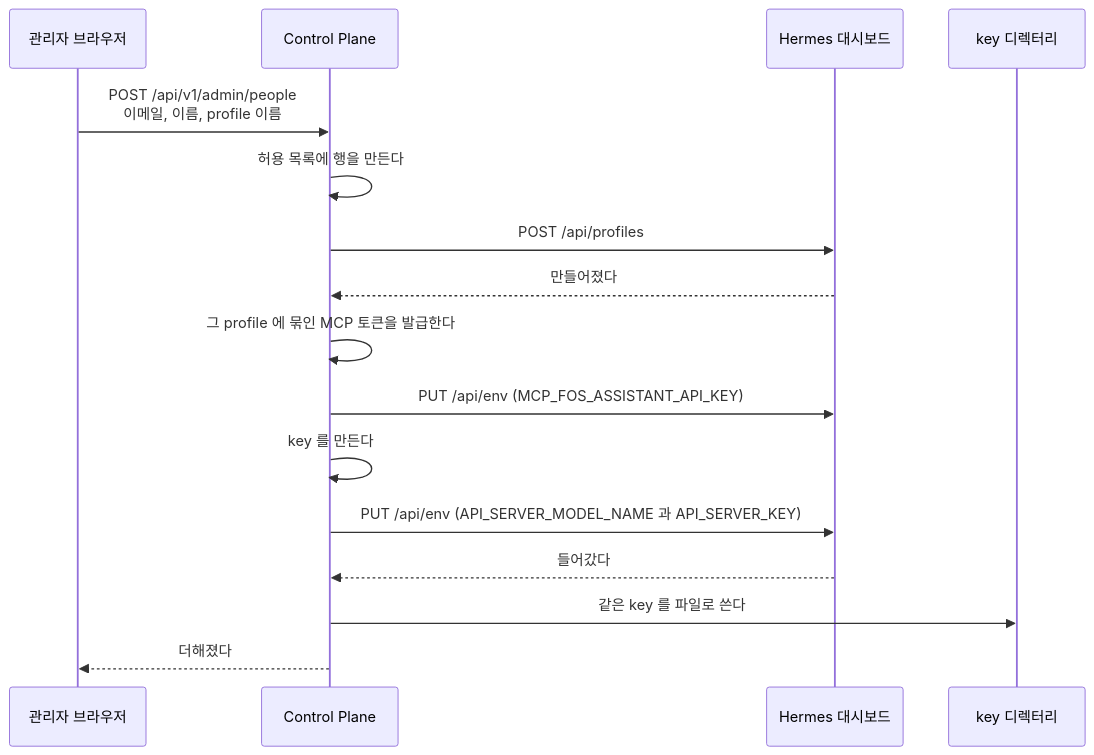
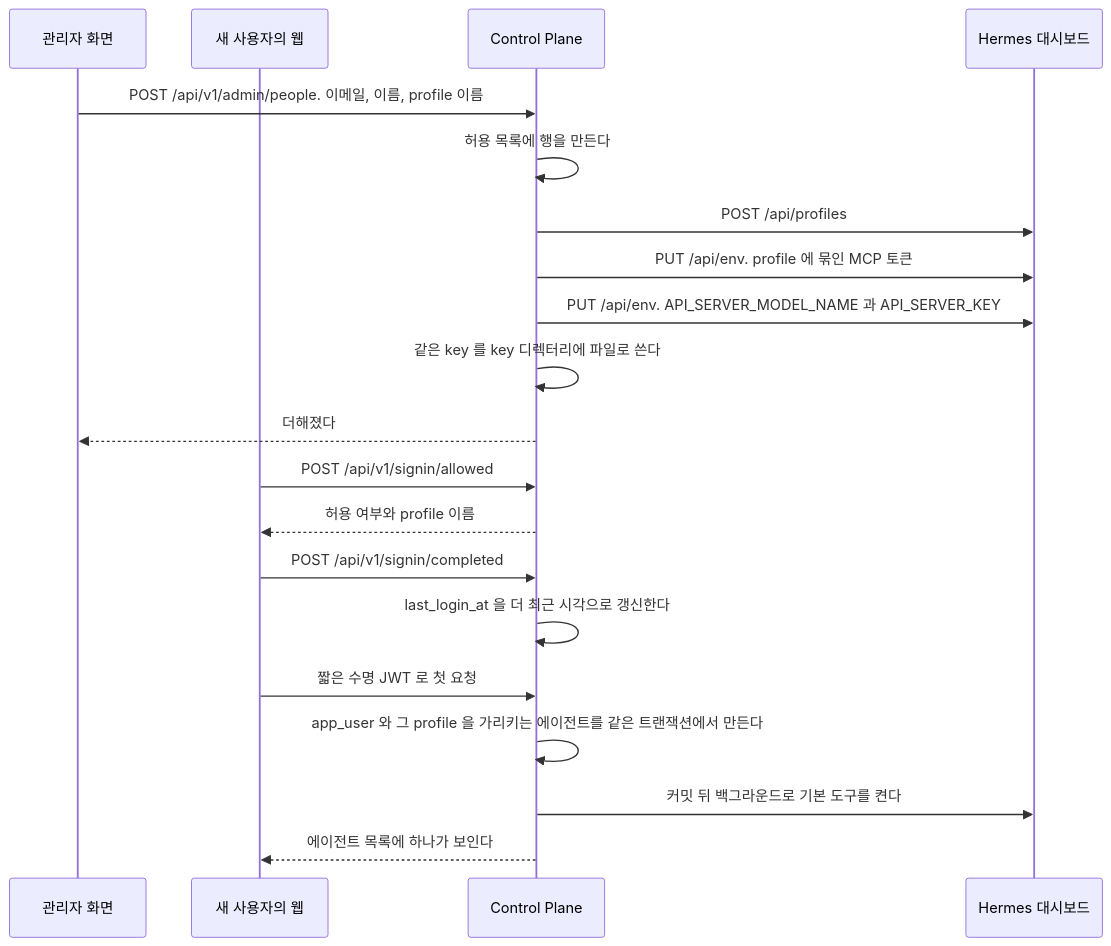
Before and after one commit to jon890/fos-assistant: the diagram in docs/features/users.md, drawn with Mermaid. The commit also changed other lines of this file and 3 other files, not shown here.

First line of the commit message:
docs(docs): 에이전트와 스킬, 사용자, 사용자 브라우저, MCP 문서를 요구와 흐름, 갈리는 지점으로 줄인다

````diff
--- a/docs/features/users.md
+++ b/docs/features/users.md
@@ -213,19 +18,23 @@
 ```mermaid
 sequenceDiagram
-    participant A as 관리자 브라우저
+    participant A as 관리자 화면
+    participant U as 새 사용자의 웹
     participant C as Control Plane
     participant D as Hermes 대시보드
-    participant F as key 디렉터리
 
-    A->>C: POST /api/v1/admin/people<br/>이메일, 이름, profile 이름
+    A->>C: POST /api/v1/admin/people. 이메일, 이름, profile 이름
     C->>C: 허용 목록에 행을 만든다
     C->>D: POST /api/profiles
-    D-->>C: 만들어졌다
-    C->>C: 그 profile 에 묶인 MCP 토큰을 발급한다
-    C->>D: PUT /api/env (MCP_FOS_ASSISTANT_API_KEY)
-    C->>C: key 를 만든다
-    C->>D: PUT /api/env (API_SERVER_MODEL_NAME 과 API_SERVER_KEY)
-    D-->>C: 들어갔다
-    C->>F: 같은 key 를 파일로 쓴다
+    C->>D: PUT /api/env. profile 에 묶인 MCP 토큰
+    C->>D: PUT /api/env. API_SERVER_MODEL_NAME 과 API_SERVER_KEY
+    C->>C: 같은 key 를 key 디렉터리에 파일로 쓴다
     C-->>A: 더해졌다
+    U->>C: POST /api/v1/signin/allowed
+    C-->>U: 허용 여부와 profile 이름
+    U->>C: POST /api/v1/signin/completed
+    C->>C: last_login_at 을 더 최근 시각으로 갱신한다
+    U->>C: 짧은 수명 JWT 로 첫 요청
+    C->>C: app_user 와 그 profile 을 가리키는 에이전트를 같은 트랜잭션에서 만든다
+    C->>D: 커밋 뒤 백그라운드로 기본 도구를 켠다
+    C-->>U: 에이전트 목록에 하나가 보인다
 ```
````
